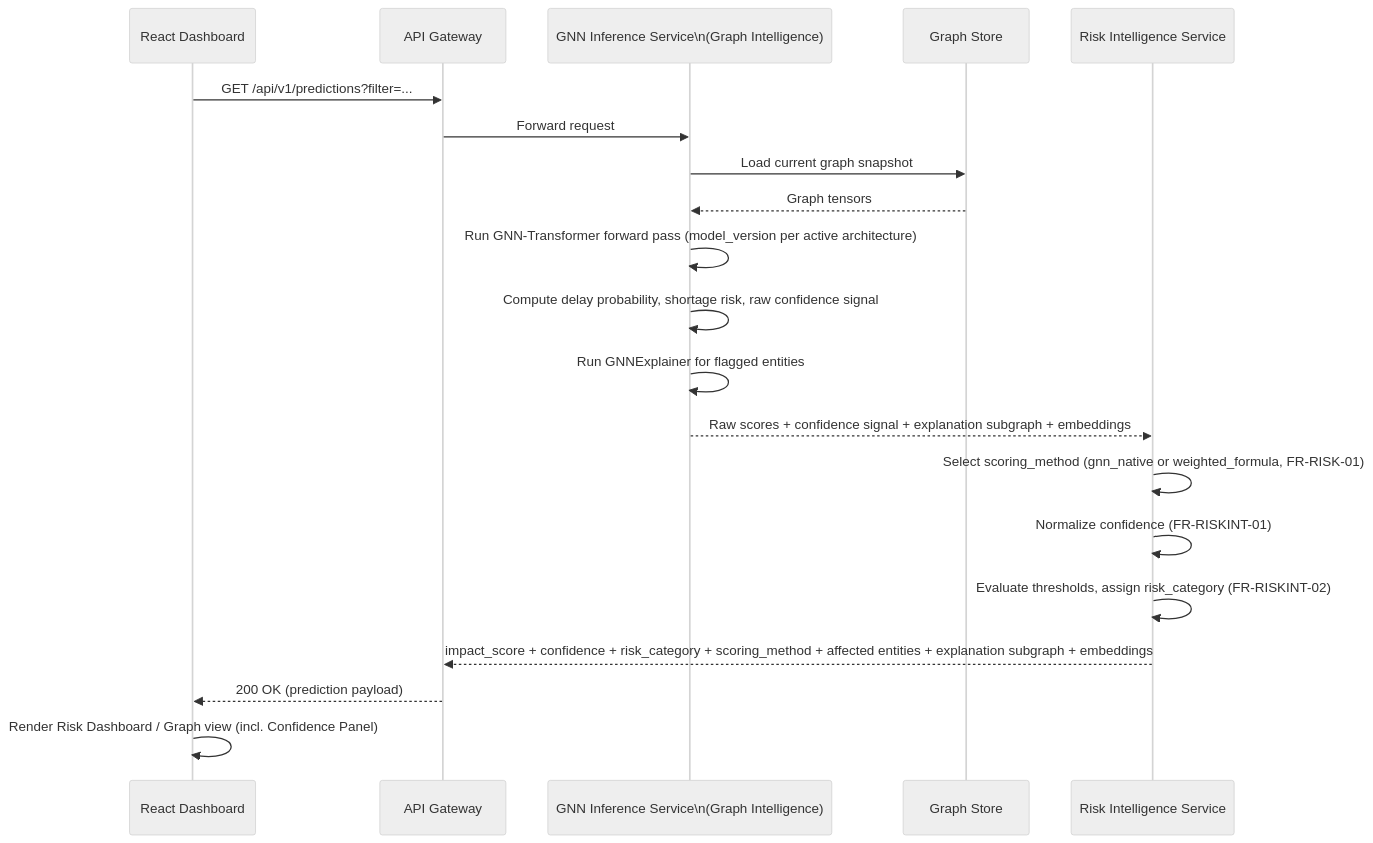
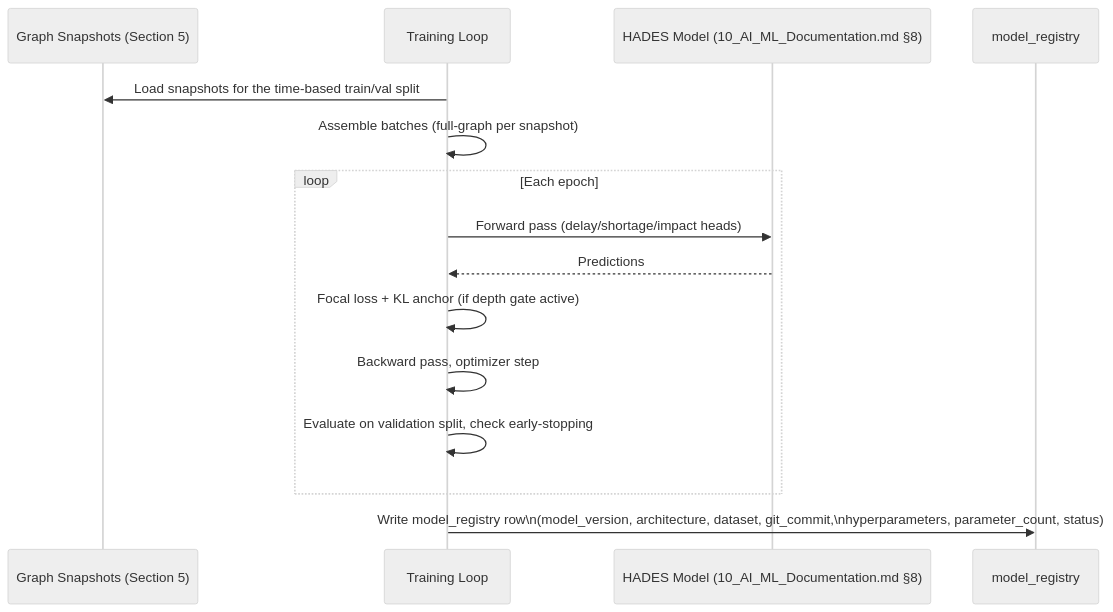
The second of 4 diagrams in docs/04_Application_Flow.md (murali-ftw/ChainPilot), drawn with Mermaid (neutral theme) before and after one commit. The commit also changed other lines of this file and 22 other files, not shown here.

````diff
--- a/docs/04_Application_Flow.md
+++ b/docs/04_Application_Flow.md
@@ -120,23 +51,18 @@
 ```mermaid
 sequenceDiagram
-    participant FE as React Dashboard
-    participant GW as API Gateway
-    participant GNN as GNN Inference Service\n(Graph Intelligence)
-    participant GS as Graph Store
-    participant RISKINT as Risk Intelligence Service
+    participant SNAP as Graph Snapshots (Section 5)
+    participant TRAIN as Training Loop
+    participant MODEL as HADES Model (10_AI_ML_Documentation.md §8)
+    participant PG as model_registry
 
-    FE->>GW: GET /api/v1/predictions?filter=...
-    GW->>GNN: Forward request
-    GNN->>GS: Load current graph snapshot
-    GS-->>GNN: Graph tensors
-    GNN->>GNN: Run GNN-Transformer forward pass (model_version per active architecture)
-    GNN->>GNN: Compute delay probability, shortage risk, raw confidence signal
-    GNN->>GNN: Run GNNExplainer for flagged entities
-    GNN-->>RISKINT: Raw scores + confidence signal + explanation subgraph + embeddings
-    RISKINT->>RISKINT: Select scoring_method (gnn_native or weighted_formula, FR-RISK-01)
-    RISKINT->>RISKINT: Normalize confidence (FR-RISKINT-01)
-    RISKINT->>RISKINT: Evaluate thresholds, assign risk_category (FR-RISKINT-02)
-    RISKINT-->>GW: impact_score + confidence + risk_category + scoring_method + affected entities + explanation subgraph + embeddings
-    GW-->>FE: 200 OK (prediction payload)
-    FE->>FE: Render Risk Dashboard / Graph view (incl. Confidence Panel)
+    TRAIN->>SNAP: Load snapshots for the time-based train/val split
+    TRAIN->>TRAIN: Assemble batches (full-graph per snapshot)
+    loop Each epoch
+        TRAIN->>MODEL: Forward pass (delay/shortage/impact heads)
+        MODEL-->>TRAIN: Predictions
+        TRAIN->>TRAIN: Focal loss + KL anchor (if depth gate active)
+        TRAIN->>TRAIN: Backward pass, optimizer step
+        TRAIN->>TRAIN: Evaluate on validation split, check early-stopping
+    end
+    TRAIN->>PG: Write model_registry row\n(model_version, architecture, dataset, git_commit,\nhyperparameters, parameter_count, status)
 ```
````
